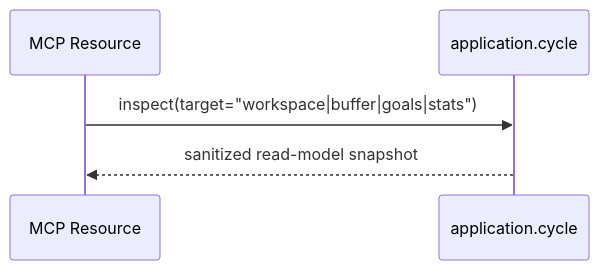
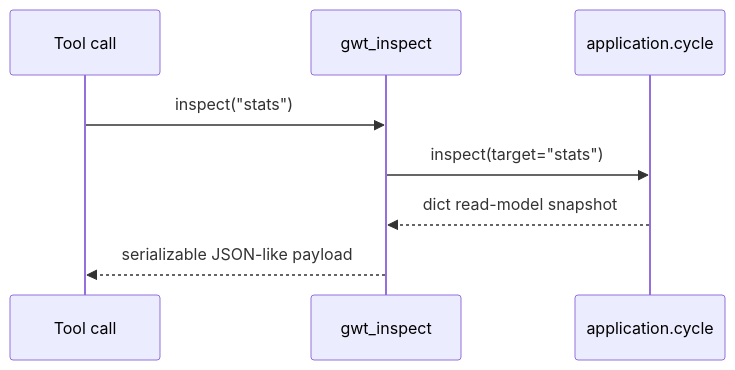
The third of 3 diagrams in ARCHITECTURE.md (netsky-lab/gwt-context), drawn with Mermaid before and after one commit. The commit also changed other lines of this file and 18 other files, not shown here.

Commit message:
fix: satisfy retry verification for architecture boundary task

````diff
--- a/ARCHITECTURE.md
+++ b/ARCHITECTURE.md
@@ -197,8 +134,10 @@
 ```mermaid
 sequenceDiagram
-    participant Resource as MCP Resource
-    participant AppCycle as application.cycle
-
-    Resource->>AppCycle: inspect(target="workspace|buffer|goals|stats")
-    AppCycle-->>Resource: sanitized read-model snapshot
+  participant User as Tool call
+  participant Tool as gwt_inspect
+  participant Cycle as application.cycle
+  User->>Tool: inspect("stats")
+  Tool->>Cycle: inspect(target="stats")
+  Cycle-->>Tool: dict read-model snapshot
+  Tool-->>User: serializable JSON-like payload
 ```
````
